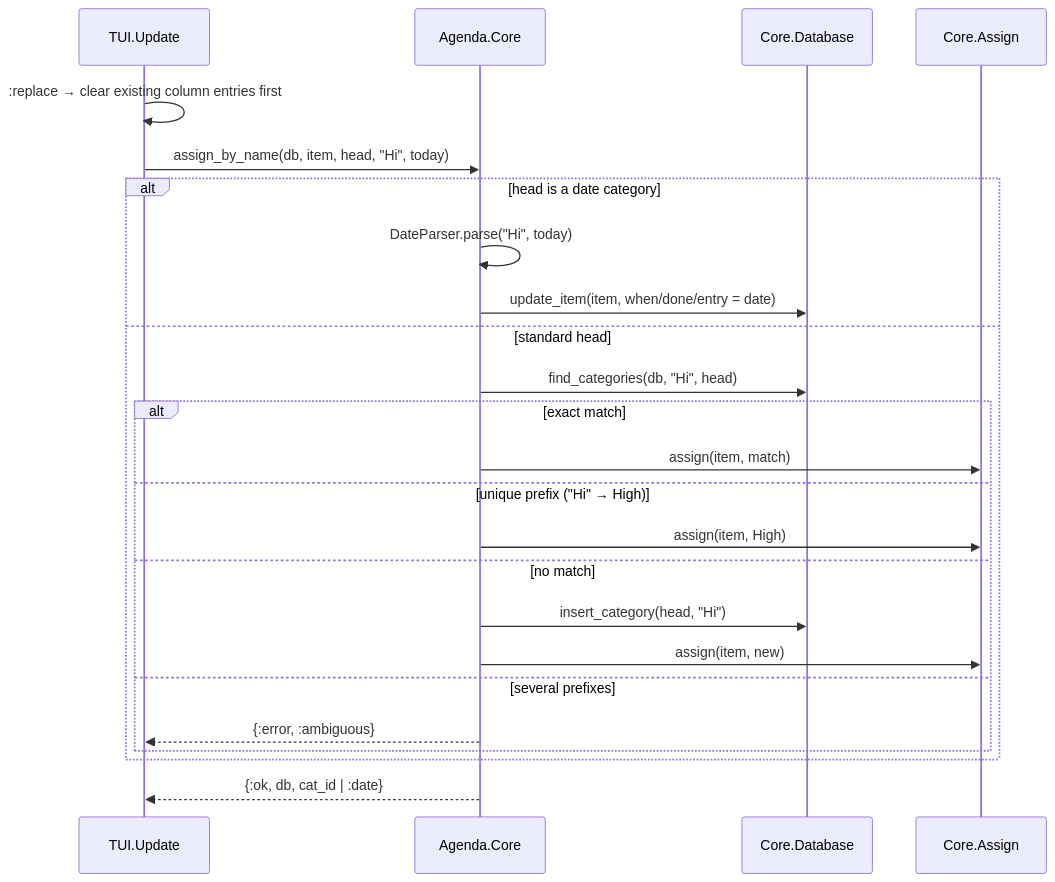
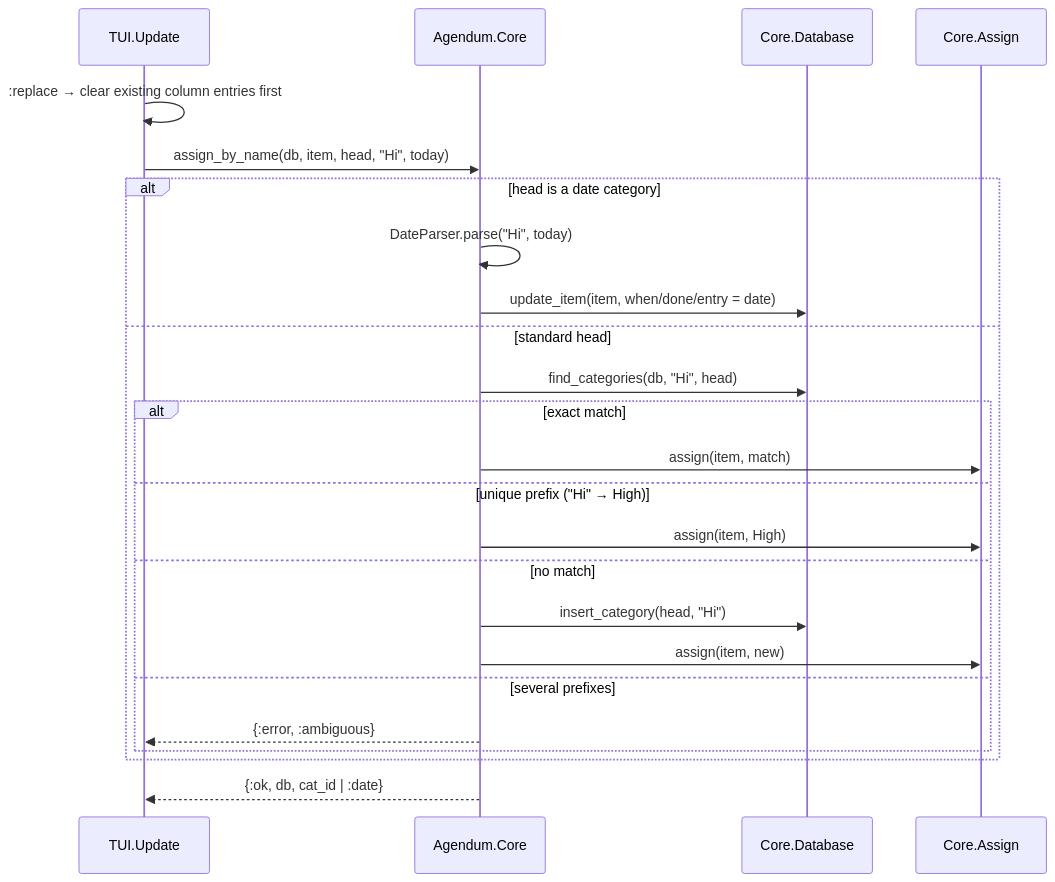
One commit to jamting/agendum changed the sixth of 7 diagrams in docs/DATA_ACCESS.md. Above: the diagram before and after it, drawn with Mermaid. The commit also changed other lines of this file and 626 other files, not shown here.

````diff
--- a/docs/DATA_ACCESS.md
+++ b/docs/DATA_ACCESS.md
@@ -294,26 +294,26 @@
 ```mermaid
 sequenceDiagram
     participant UP as TUI.Update
-    participant C as Agenda.Core
+    participant C as Agendum.Core
     participant D as Core.Database
     participant A as Core.Assign
     UP->>UP: :replace → clear existing column entries first
     UP->>C: assign_by_name(db, item, head, "Hi", today)
     alt head is a date category
         C->>C: DateParser.parse("Hi", today)
         C->>D: update_item(item, when/done/entry = date)
     else standard head
         C->>D: find_categories(db, "Hi", head)
         alt exact match
             C->>A: assign(item, match)
         else unique prefix ("Hi" → High)
             C->>A: assign(item, High)
         else no match
             C->>D: insert_category(head, "Hi")
             C->>A: assign(item, new)
         else several prefixes
             C-->>UP: {:error, :ambiguous}
         end
     end
     C-->>UP: {:ok, db, cat_id | :date}
 ```
````
